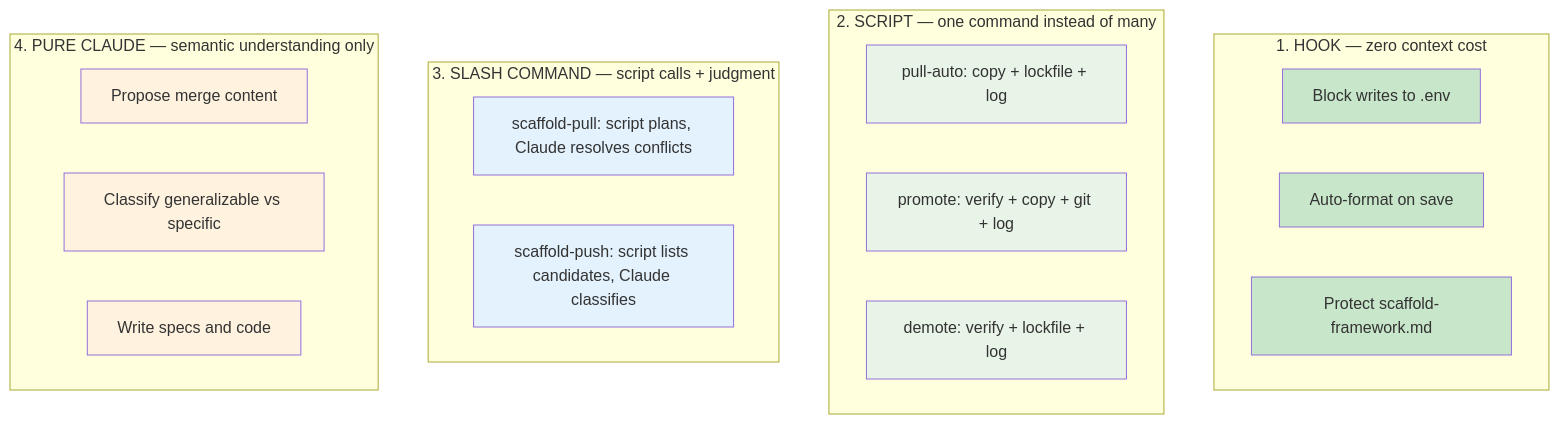
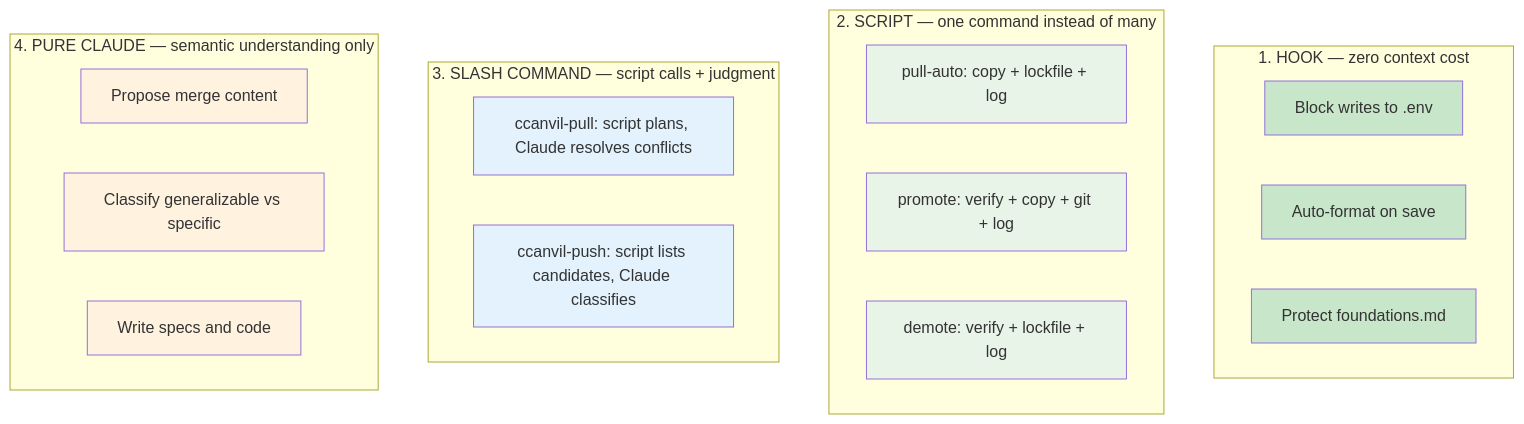
The second of 2 diagrams in .ccanvil/guide/hooks.md (goldhaxx/fucina), drawn with Mermaid before and after one commit. The commit also changed other lines of this file and 44 other files, not shown here.

First line of the commit message:
refactor: eradicate scaffold terminology — pull from updated hub

````diff
--- a/.ccanvil/guide/hooks.md
+++ b/.ccanvil/guide/hooks.md
@@ -36,37 +36,37 @@
 ```mermaid
 graph TD
     subgraph "1. HOOK — zero context cost"
         H1["Block writes to .env"]
         H2["Auto-format on save"]
-        H3["Protect scaffold-framework.md"]
+        H3["Protect foundations.md"]
     end
 
     subgraph "2. SCRIPT — one command instead of many"
         S1["pull-auto: copy + lockfile + log"]
         S2["promote: verify + copy + git + log"]
         S3["demote: verify + lockfile + log"]
     end
 
     subgraph "3. SLASH COMMAND — script calls + judgment"
-        C1["scaffold-pull: script plans, Claude resolves conflicts"]
-        C2["scaffold-push: script lists candidates, Claude classifies"]
+        C1["ccanvil-pull: script plans, Claude resolves conflicts"]
+        C2["ccanvil-push: script lists candidates, Claude classifies"]
     end
 
     subgraph "4. PURE CLAUDE — semantic understanding only"
         L1["Propose merge content"]
         L2["Classify generalizable vs specific"]
         L3["Write specs and code"]
     end
 
     style H1 fill:#c8e6c9
     style H2 fill:#c8e6c9
     style H3 fill:#c8e6c9
     style S1 fill:#e8f4e8
     style S2 fill:#e8f4e8
     style S3 fill:#e8f4e8
     style C1 fill:#e3f2fd
     style C2 fill:#e3f2fd
     style L1 fill:#fff3e0
     style L2 fill:#fff3e0
     style L3 fill:#fff3e0
 ```
````
